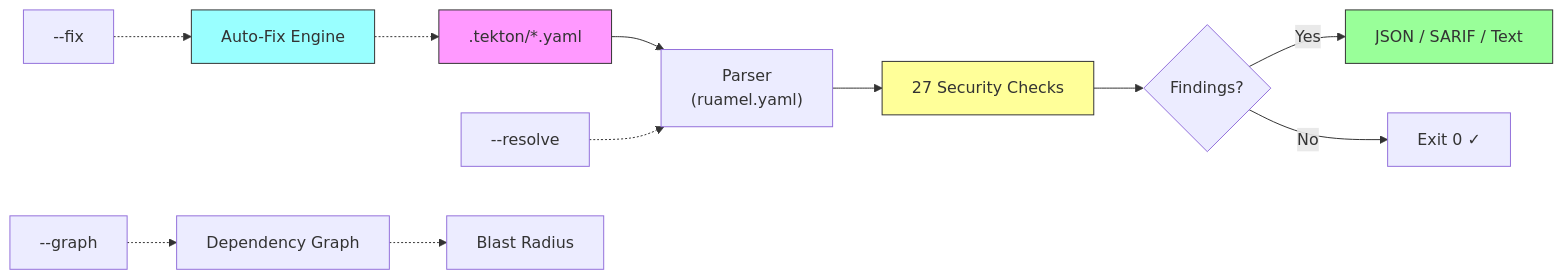
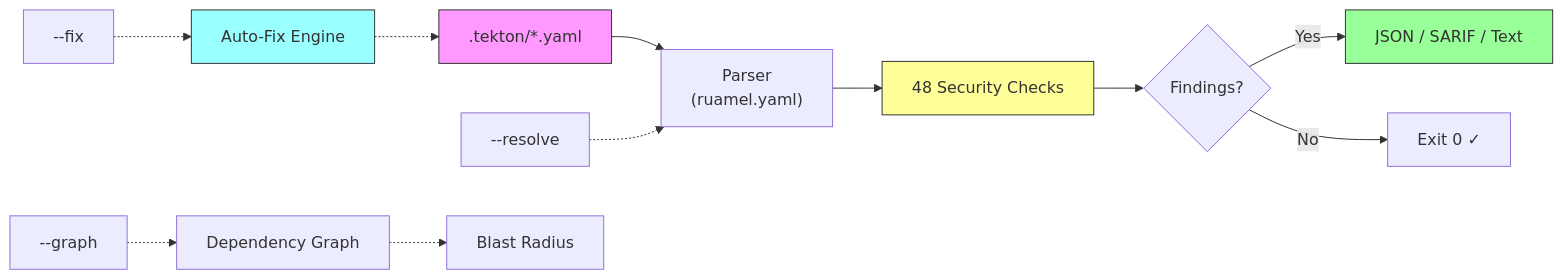
The diagram in site/docs/index.md (ugiordan/tekton-guard), drawn with Mermaid before and after one commit. The commit also changed other lines of this file and 5 other files, not shown here.

````diff
--- a/site/docs/index.md
+++ b/site/docs/index.md
@@ -16,19 +16,19 @@
 ```mermaid
 graph LR
     A[".tekton/*.yaml"] --> B["Parser<br/>(ruamel.yaml)"]
-    B --> C["27 Security Checks"]
+    B --> C["48 Security Checks"]
     C --> D{Findings?}
     D -->|Yes| E["JSON / SARIF / Text"]
     D -->|No| F["Exit 0 ✓"]
     
     G["--resolve"] -.-> B
     H["--fix"] -.-> I["Auto-Fix Engine"]
     I -.-> A
     J["--graph"] -.-> K["Dependency Graph"]
     K -.-> L["Blast Radius"]
     
     style A fill:#f9f,stroke:#333
     style C fill:#ff9,stroke:#333
     style E fill:#9f9,stroke:#333
     style I fill:#9ff,stroke:#333
 ```
````
